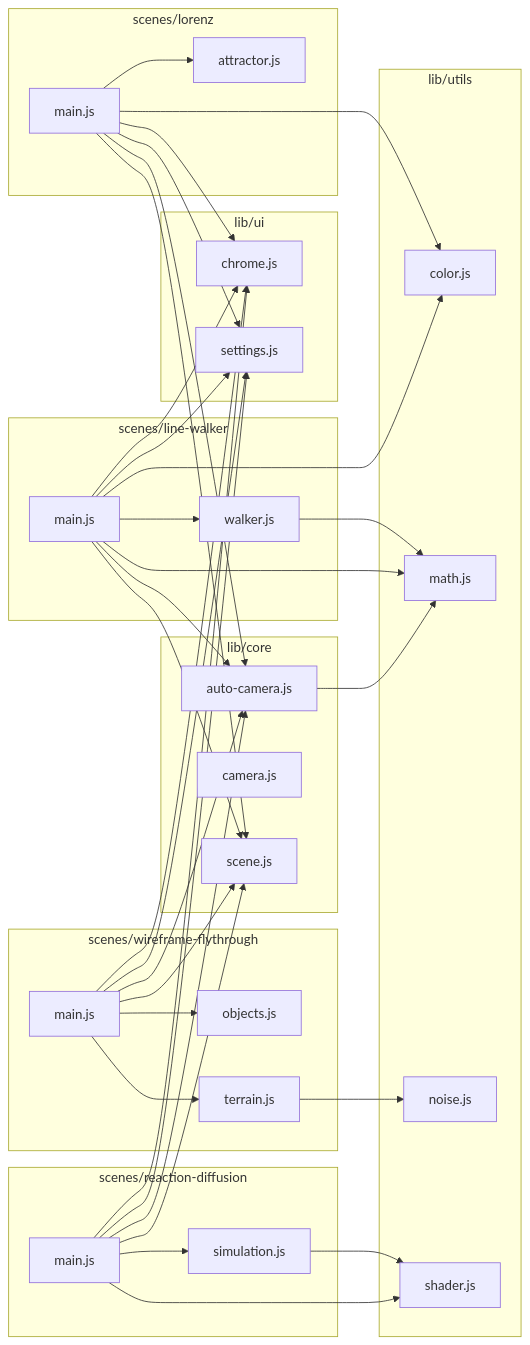
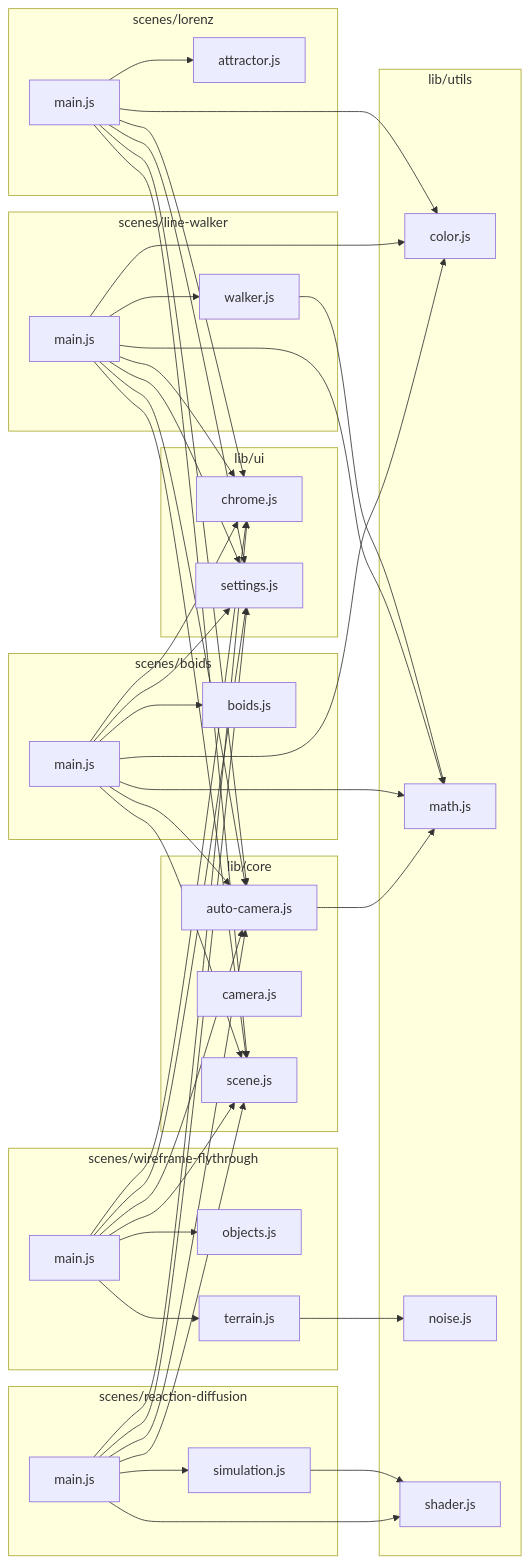
Before and after one commit to shitchell/stuff: the first of 2 diagrams in docs/3d/ARCHITECTURE.md, drawn with Mermaid. The commit also changed other lines of this file and 7 other files, not shown here.

First line of the commit message:
Add Boids flocking simulation scene

````diff
--- a/docs/3d/ARCHITECTURE.md
+++ b/docs/3d/ARCHITECTURE.md
@@ -84,64 +89,75 @@
 ```mermaid
 graph LR
     subgraph lib/core
         lib_core_auto_camera_js["auto-camera.js"]
         lib_core_camera_js["camera.js"]
         lib_core_scene_js["scene.js"]
     end
     subgraph lib/ui
         lib_ui_chrome_js["chrome.js"]
         lib_ui_settings_js["settings.js"]
     end
     subgraph lib/utils
         lib_utils_color_js["color.js"]
         lib_utils_math_js["math.js"]
         lib_utils_noise_js["noise.js"]
         lib_utils_shader_js["shader.js"]
+    end
+    subgraph scenes/boids
+        scenes_boids_boids_js["boids.js"]
+        scenes_boids_main_js["main.js"]
     end
     subgraph scenes/line-walker
         scenes_line_walker_main_js["main.js"]
         scenes_line_walker_walker_js["walker.js"]
     end
     subgraph scenes/lorenz
         scenes_lorenz_attractor_js["attractor.js"]
         scenes_lorenz_main_js["main.js"]
     end
     subgraph scenes/reaction-diffusion
         scenes_reaction_diffusion_main_js["main.js"]
         scenes_reaction_diffusion_simulation_js["simulation.js"]
     end
     subgraph scenes/wireframe-flythrough
         scenes_wireframe_flythrough_main_js["main.js"]
         scenes_wireframe_flythrough_objects_js["objects.js"]
         scenes_wireframe_flythrough_terrain_js["terrain.js"]
     end
     lib_core_auto_camera_js --> lib_utils_math_js
+    scenes_boids_main_js --> lib_core_auto_camera_js
+    scenes_boids_main_js --> lib_core_scene_js
+    scenes_boids_main_js --> lib_ui_chrome_js
+    scenes_boids_main_js --> lib_ui_settings_js
+    scenes_boids_main_js --> lib_utils_color_js
+    scenes_boids_main_js --> lib_utils_math_js
+    scenes_boids_main_js --> scenes_boids_boids_js
     scenes_line_walker_main_js --> lib_core_auto_camera_js
     scenes_line_walker_main_js --> lib_core_scene_js
     scenes_line_walker_main_js --> lib_ui_chrome_js
     scenes_line_walker_main_js --> lib_ui_settings_js
     scenes_line_walker_main_js --> lib_utils_color_js
     scenes_line_walker_main_js --> lib_utils_math_js
     scenes_line_walker_main_js --> scenes_line_walker_walker_js
     scenes_line_walker_walker_js --> lib_utils_math_js
     scenes_lorenz_main_js --> lib_core_auto_camera_js
     scenes_lorenz_main_js --> lib_core_scene_js
     scenes_lorenz_main_js --> lib_ui_chrome_js
     scenes_lorenz_main_js --> lib_ui_settings_js
     scenes_lorenz_main_js --> lib_utils_color_js
     scenes_lorenz_main_js --> scenes_lorenz_attractor_js
     scenes_reaction_diffusion_main_js --> lib_core_auto_camera_js
     scenes_reaction_diffusion_main_js --> lib_core_scene_js
     scenes_reaction_diffusion_main_js --> lib_ui_chrome_js
     scenes_reaction_diffusion_main_js --> lib_ui_settings_js
     scenes_reaction_diffusion_main_js --> lib_utils_shader_js
     scenes_reaction_diffusion_main_js --> scenes_reaction_diffusion_simulation_js
     scenes_reaction_diffusion_simulation_js --> lib_utils_shader_js
     scenes_wireframe_flythrough_main_js --> lib_core_auto_camera_js
     scenes_wireframe_flythrough_main_js --> lib_core_scene_js
     scenes_wireframe_flythrough_main_js --> lib_ui_chrome_js
     scenes_wireframe_flythrough_main_js --> lib_ui_settings_js
     scenes_wireframe_flythrough_main_js --> scenes_wireframe_flythrough_objects_js
     scenes_wireframe_flythrough_main_js --> scenes_wireframe_flythrough_terrain_js
     scenes_wireframe_flythrough_terrain_js --> lib_utils_noise_js
 ```
````
